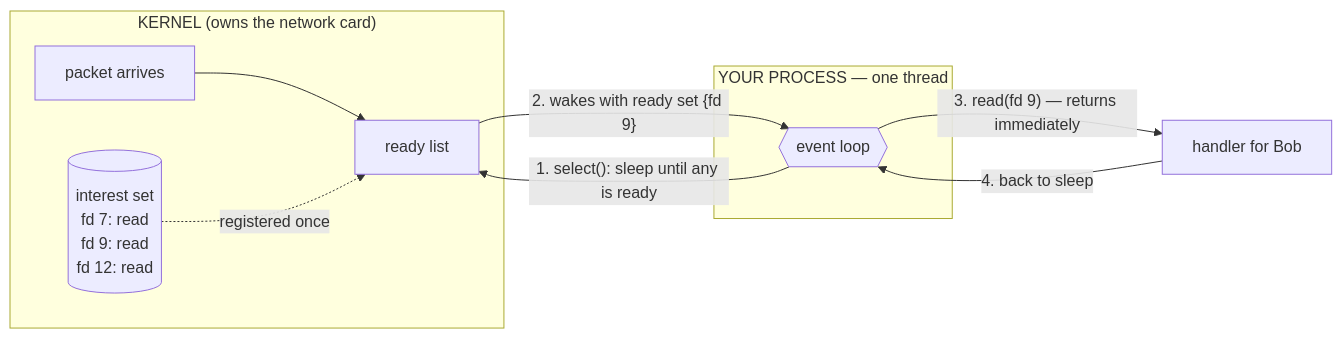
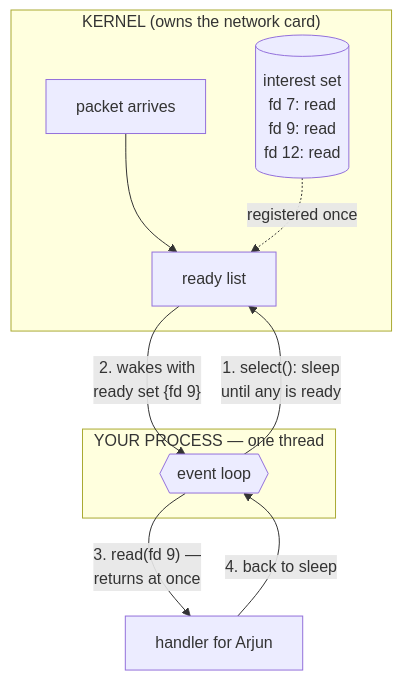
One commit to ravivarmachaluvadi/Learning changed the first of 3 diagrams in 03-io-multiplexing/README.md. Above: the diagram before and after it, drawn with Mermaid. The commit also changed other lines of this file, not shown here.

````diff
--- a/03-io-multiplexing/README.md
+++ b/03-io-multiplexing/README.md
@@ -386,14 +543,14 @@
 ```mermaid
-flowchart LR
+flowchart TD
     subgraph K["KERNEL (owns the network card)"]
-        NIC[packet arrives] --> RL[ready list]
+        NIC["packet arrives"] --> RL["ready list"]
         IS[("interest set<br/>fd 7: read<br/>fd 9: read<br/>fd 12: read")] -.registered once.-> RL
     end
     subgraph U["YOUR PROCESS — one thread"]
         EL{{"event loop"}}
     end
-    EL -- "1. select(): sleep until any is ready" --> RL
-    RL -- "2. wakes with ready set {fd 9}" --> EL
-    EL -- "3. read(fd 9) — returns immediately" --> H["handler for Bob"]
+    EL -- "1. select(): sleep<br/>until any is ready" --> RL
+    RL -- "2. wakes with<br/>ready set {fd 9}" --> EL
+    EL -- "3. read(fd 9) —<br/>returns at once" --> H["handler for Arjun"]
     H -- "4. back to sleep" --> EL
 ```
````
